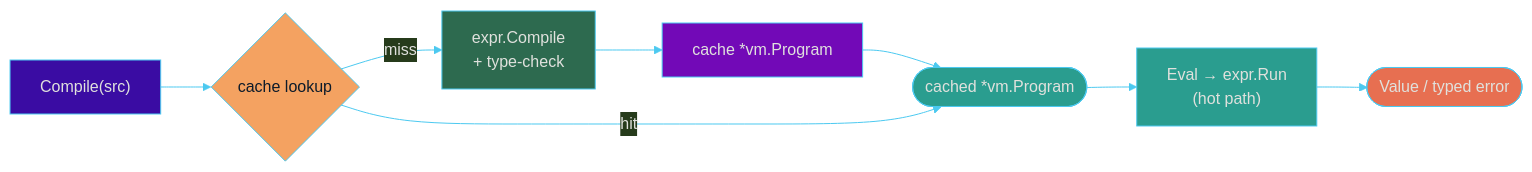
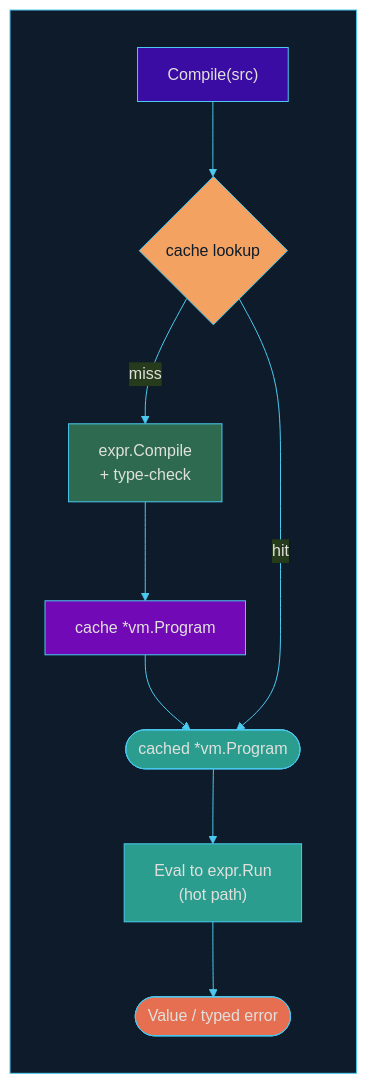
One commit to enchanter-ai/golem changed the second of 2 diagrams in README.md. Above: the diagram before and after it, drawn with Mermaid. The commit also changed other lines of this file and 3 other files, not shown here.

Commit message:
docs: correct the Python-binding narrative to the cffi/c-shared layer; blueprint diagrams

````diff
--- a/README.md
+++ b/README.md
@@ -442,27 +465,31 @@
 ```mermaid
 %%{init: {'theme':'base', 'themeVariables': {'background':'#0d1b2a','primaryColor':'#1b263b','primaryTextColor':'#e0e1dd','primaryBorderColor':'#4cc9f0','lineColor':'#4cc9f0','clusterBkg':'#0b132b','clusterBorder':'#4cc9f0','fontFamily':'ui-monospace, SFMono-Regular, monospace'}}}%%
 flowchart LR
-    SRC["Compile(src)"] --> LOOK{"cache lookup"}
-    LOOK -->|"miss"| COMPILE["expr.Compile<br/>+ type-check"]
-    COMPILE --> STORE["cache *vm.Program"]
-    STORE --> PROG(["cached *vm.Program"])
-    LOOK -->|"hit"| PROG
-    PROG --> EVAL["Eval → expr.Run<br/>(hot path)"]
-    EVAL --> VAL(["Value / typed error"])
+    subgraph bp[" "]
+        SRC["Compile(src)"] --> LOOK{"cache lookup"}
+        LOOK -->|"miss"| COMPILE["expr.Compile<br/>+ type-check"]
+        COMPILE --> STORE["cache *vm.Program"]
+        STORE --> PROG(["cached *vm.Program"])
+        LOOK -->|"hit"| PROG
+        PROG --> EVAL["Eval to expr.Run<br/>(hot path)"]
+        EVAL --> VAL(["Value / typed error"])
+    end
+
+    style bp fill:#0d1b2a,stroke:#4cc9f0,color:#e0e1dd
 
     classDef src fill:#3a0ca3,stroke:#4cc9f0,color:#e0e1dd;
     classDef lookup fill:#f4a261,stroke:#4cc9f0,color:#0d1b2a;
     classDef compile fill:#2d6a4f,stroke:#4cc9f0,color:#e0e1dd;
     classDef store fill:#7209b7,stroke:#4cc9f0,color:#e0e1dd;
     classDef prog fill:#2a9d8f,stroke:#4cc9f0,color:#e0e1dd;
     classDef eval fill:#2a9d8f,stroke:#4cc9f0,color:#e0e1dd;
     classDef val fill:#e76f51,stroke:#4cc9f0,color:#e0e1dd;
 
     class SRC src;
     class LOOK lookup;
     class COMPILE compile;
     class STORE store;
     class PROG prog;
     class EVAL eval;
     class VAL val;
 ```
````
